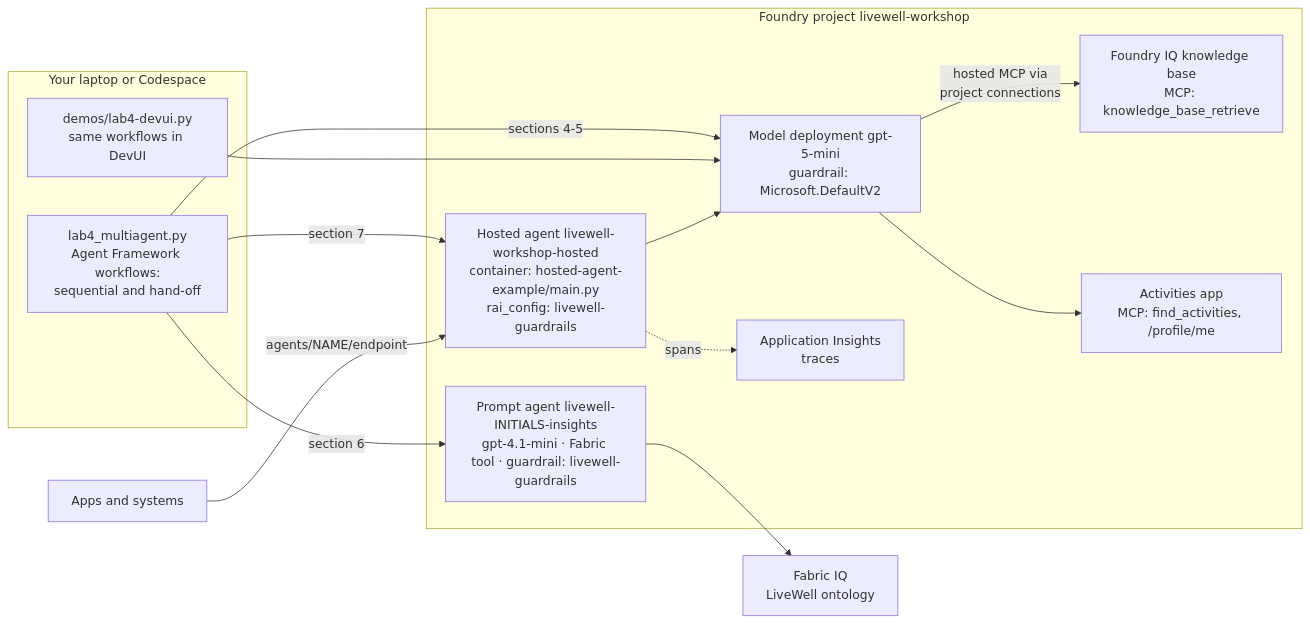
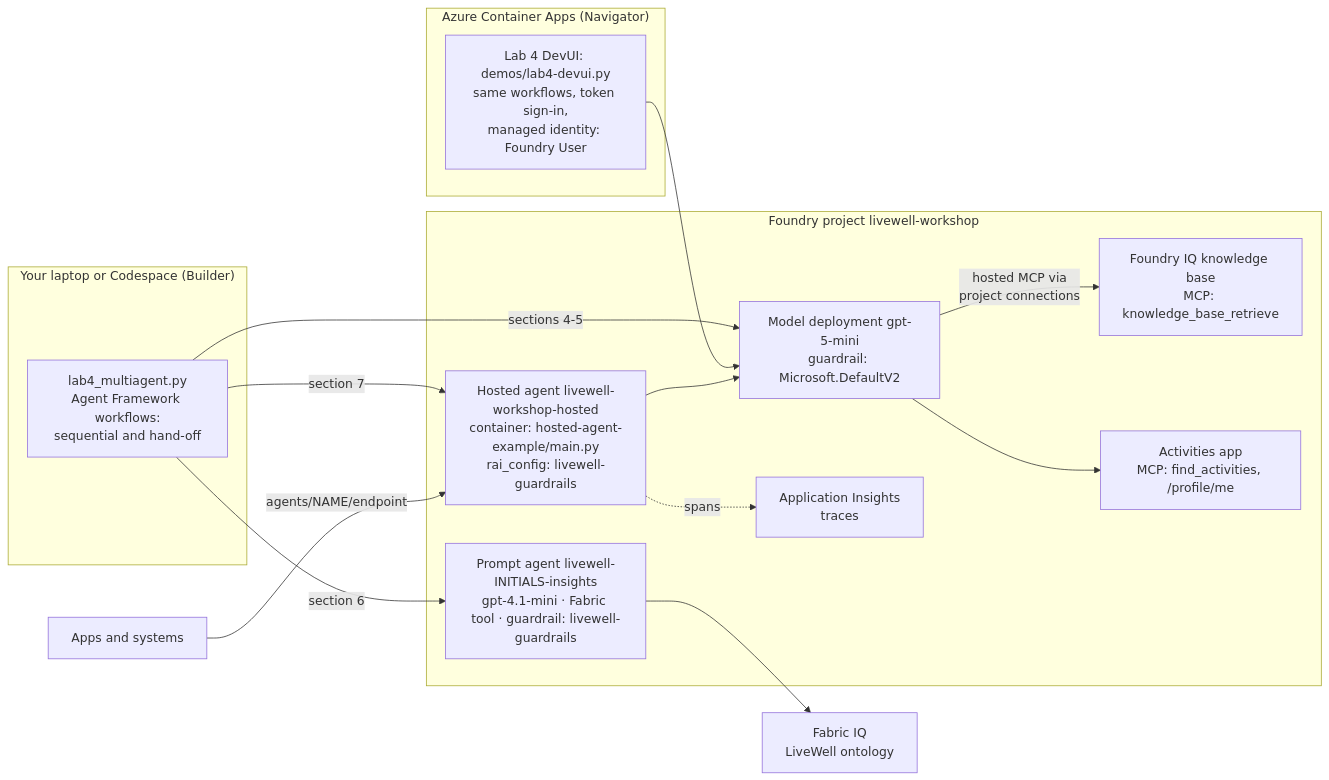
Before and after one commit to tonirex/livewell-foundry-workshop: the first of 3 diagrams in content/labs/lab-04.md, drawn with Mermaid. The commit also changed other lines of this file and 25 other files, not shown here.

First line of the commit message:
Lab 4 in the browser: hosted DevUI on Container Apps

````diff
--- a/content/labs/lab-04.md
+++ b/content/labs/lab-04.md
@@ -72,27 +74,29 @@
 ```mermaid
 flowchart LR
-  subgraph laptop["Your laptop or Codespace"]
+  subgraph laptop["Your laptop or Codespace (Builder)"]
     script["lab4_multiagent.py<br/>Agent Framework workflows:<br/>sequential and hand-off"]
-    devui["demos/lab4-devui.py<br/>same workflows in DevUI"]
+  end
+  subgraph aca["Azure Container Apps (Navigator)"]
+    devui["Lab 4 DevUI: demos/lab4-devui.py<br/>same workflows, token sign-in,<br/>managed identity: Foundry User"]
   end
   subgraph project["Foundry project livewell-workshop"]
     dep["Model deployment gpt-5-mini<br/>guardrail: Microsoft.DefaultV2"]
     kb["Foundry IQ knowledge base<br/>MCP: knowledge_base_retrieve"]
     acts["Activities app<br/>MCP: find_activities, /profile/me"]
     insights["Prompt agent livewell-INITIALS-insights<br/>gpt-4.1-mini · Fabric tool · guardrail: livewell-guardrails"]
     hosted["Hosted agent livewell-workshop-hosted<br/>container: hosted-agent-example/main.py<br/>rai_config: livewell-guardrails"]
     appi["Application Insights<br/>traces"]
   end
   fabric["Fabric IQ<br/>LiveWell ontology"]
   apps["Apps and systems"]
   script -- "sections 4-5" --> dep
   devui --> dep
   dep -- "hosted MCP via<br/>project connections" --> kb
   dep --> acts
   script -- "section 6" --> insights
   insights --> fabric
   script -- "section 7" --> hosted
   apps -- "agents/NAME/endpoint" --> hosted
   hosted --> dep
   hosted -. "spans" .-> appi
 ```
````
